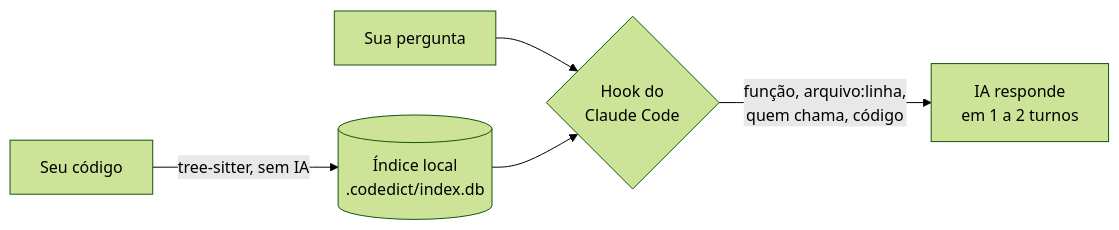
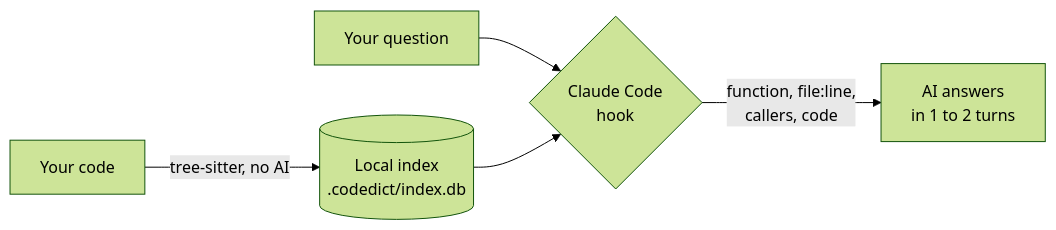
The diagram in README.md (Marqueos/codedict), drawn with Mermaid (forest theme) before and after one commit. The commit also changed other lines of this file and 11 other files, not shown here.

````diff
--- a/README.md
+++ b/README.md
@@ -87,7 +87,7 @@
 ```mermaid
 flowchart LR
-    C["Seu código"] -->|"tree-sitter, sem IA"| I[("Índice local<br>.codedict/index.db")]
-    P["Sua pergunta"] --> H{"Hook do<br>Claude Code"}
+    C["Your code"] -->|"tree-sitter, no AI"| I[("Local index<br>.codedict/index.db")]
+    P["Your question"] --> H{"Claude Code<br>hook"}
     I --> H
-    H -->|"função, arquivo:linha,<br>quem chama, código"| R["IA responde<br>em 1 a 2 turnos"]
+    H -->|"function, file:line,<br>callers, code"| R["AI answers<br>in 1 to 2 turns"]
 ```
````
